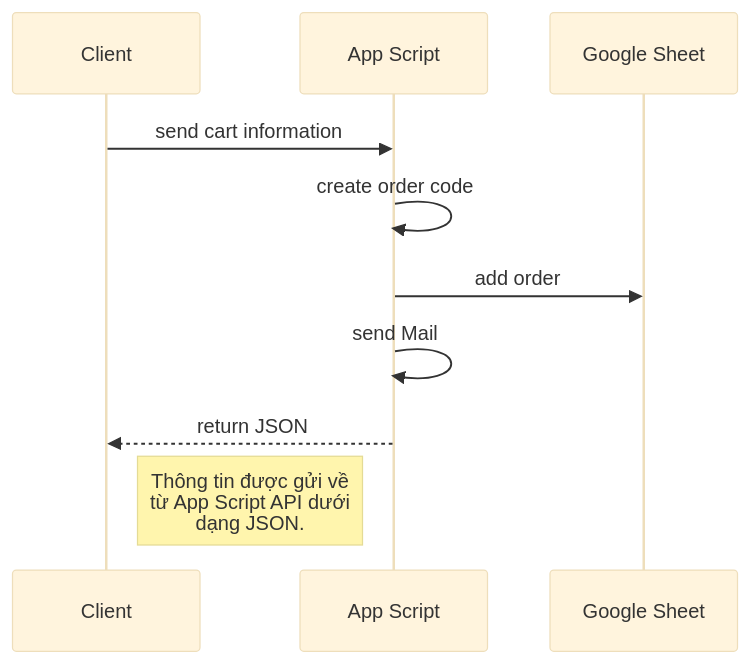
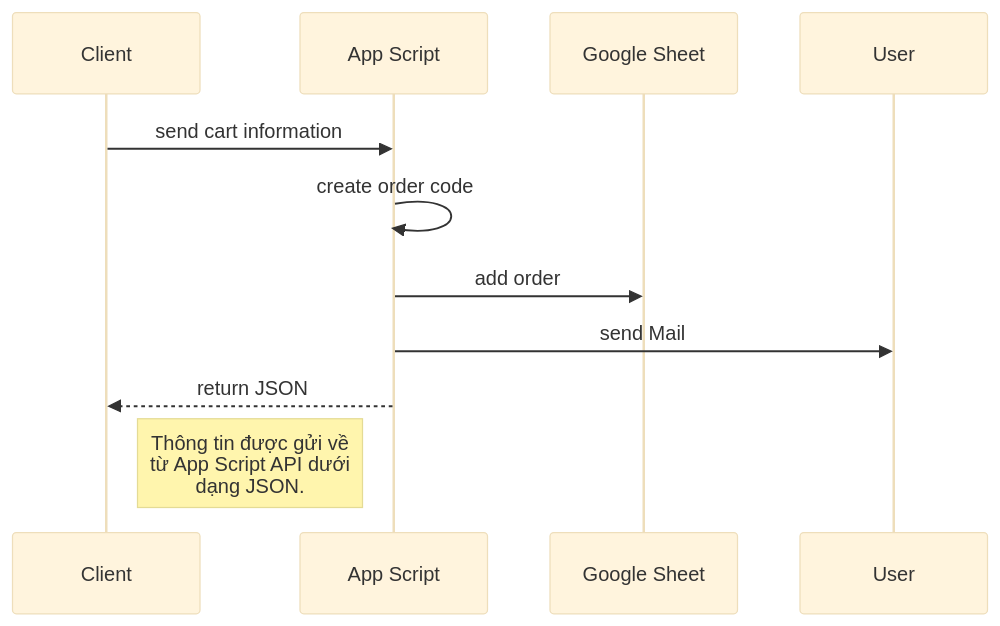
The fifth of 8 diagrams in README.md (daovietanh190499/Shopsmon), drawn with Mermaid (base theme) before and after one commit.

````diff
--- a/README.md
+++ b/README.md
@@ -96,9 +96,9 @@
 ```mermaid
 sequenceDiagram
 Client ->> App Script: send cart information
 App Script ->> App Script: create order code
 App Script ->> Google Sheet: add order
-App Script ->> App Script: send Mail
+App Script ->> User: send Mail
 App Script-->>Client: return JSON
 Note right of Client: Thông tin được gửi về <br/> từ App Script API dưới <br/> dạng JSON.
 ```
````
